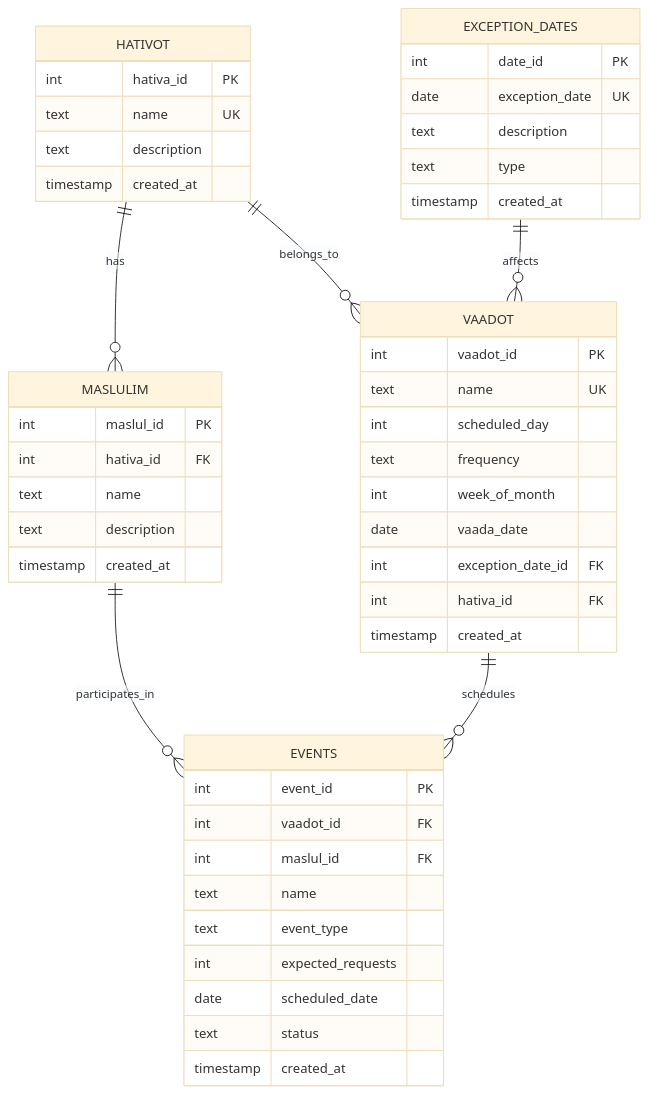
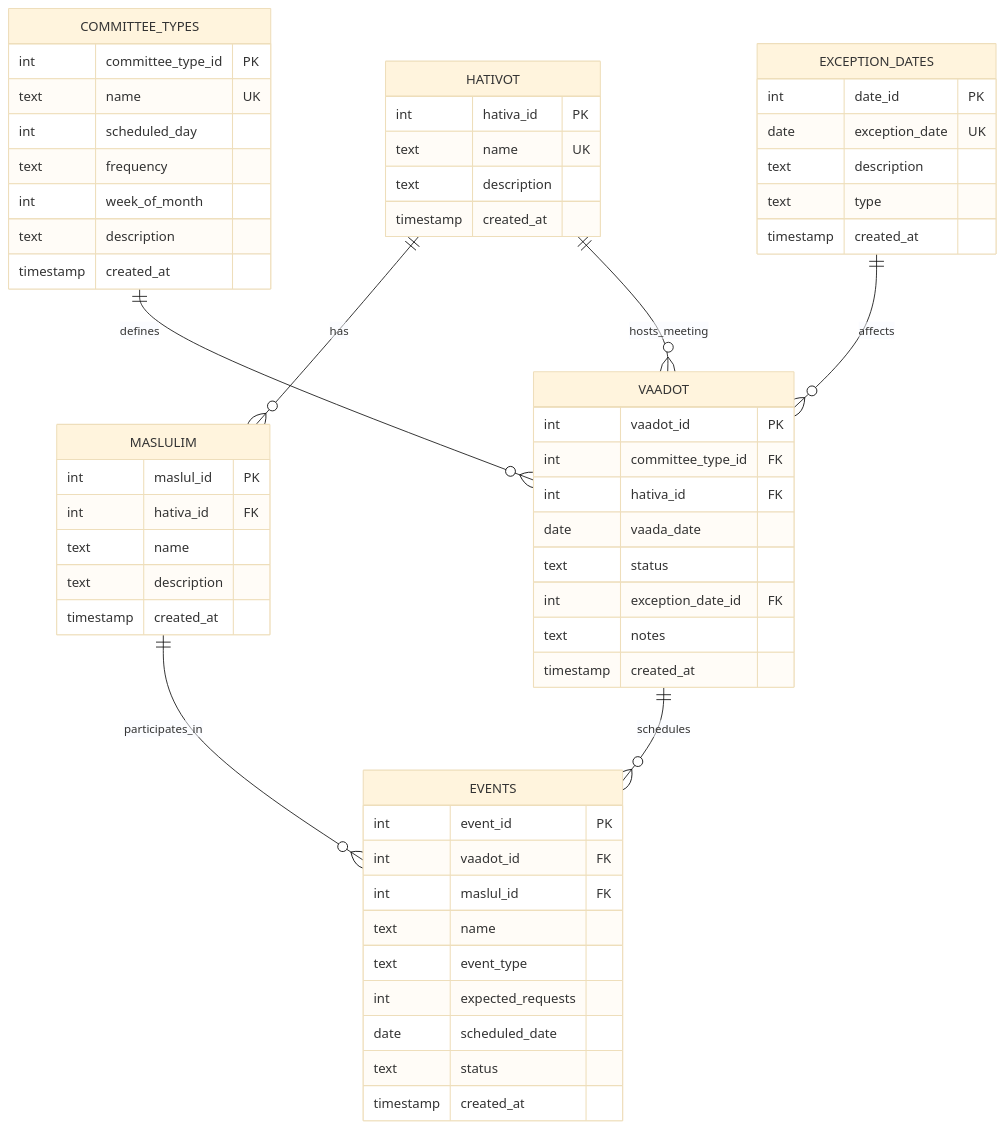
Before and after one commit to taldata/izun: the diagram in ERD.md, drawn with Mermaid (base theme). The commit also changed other lines of this file and 4 other files, not shown here.

````diff
--- a/ERD.md
+++ b/ERD.md
@@ -7,56 +7,66 @@
 ```mermaid
 erDiagram
     HATIVOT {
         int hativa_id PK
         text name UK
         text description
         timestamp created_at
     }
     
     MASLULIM {
         int maslul_id PK
         int hativa_id FK
         text name
         text description
         timestamp created_at
     }
     
-    VAADOT {
-        int vaadot_id PK
+    COMMITTEE_TYPES {
+        int committee_type_id PK
         text name UK
         int scheduled_day
         text frequency
         int week_of_month
+        text description
+        timestamp created_at
+    }
+    
+    VAADOT {
+        int vaadot_id PK
+        int committee_type_id FK
+        int hativa_id FK
         date vaada_date
+        text status
         int exception_date_id FK
-        int hativa_id FK
+        text notes
         timestamp created_at
     }
     
     EVENTS {
         int event_id PK
         int vaadot_id FK
         int maslul_id FK
         text name
         text event_type
         int expected_requests
         date scheduled_date
         text status
         timestamp created_at
     }
     
     EXCEPTION_DATES {
         int date_id PK
         date exception_date UK
         text description
         text type
         timestamp created_at
     }
 
     %% Relationships
     HATIVOT ||--o{ MASLULIM : "has"
-    HATIVOT ||--o{ VAADOT : "belongs_to"
+    HATIVOT ||--o{ VAADOT : "hosts_meeting"
+    COMMITTEE_TYPES ||--o{ VAADOT : "defines"
     VAADOT ||--o{ EVENTS : "schedules"
     MASLULIM ||--o{ EVENTS : "participates_in"
     EXCEPTION_DATES ||--o{ VAADOT : "affects"
 ```
````
